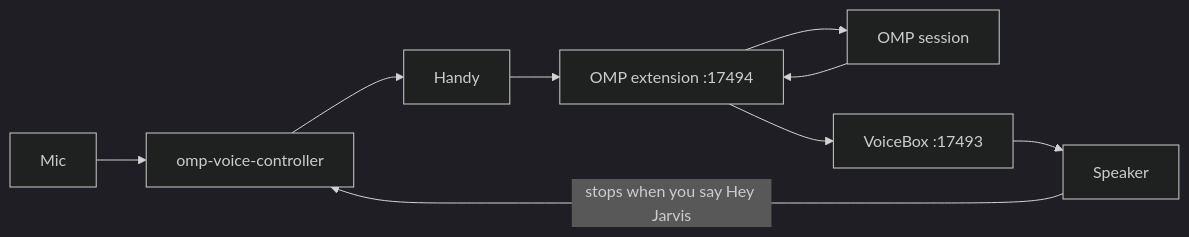
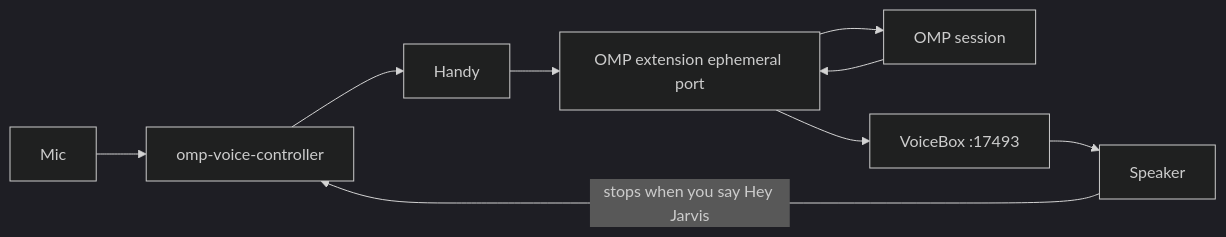
Before and after one commit to ASabale/voice-agent: the diagram in README.md, drawn with Mermaid (dark theme). The commit also changed other lines of this file and 31 other files, not shown here.

````diff
--- a/README.md
+++ b/README.md
@@ -27,11 +27,11 @@
 ```mermaid
 flowchart LR
   mic[Mic] --> ctrl[omp-voice-controller]
   ctrl --> handy[Handy]
-  handy --> bridge["OMP extension :17494"]
+  handy --> bridge["OMP extension ephemeral port"]
   bridge --> omp[OMP session]
   omp --> bridge
   bridge --> vb["VoiceBox :17493"]
   vb --> play[Speaker]
   play -->|stops when you say Hey Jarvis| ctrl
 ```
````
